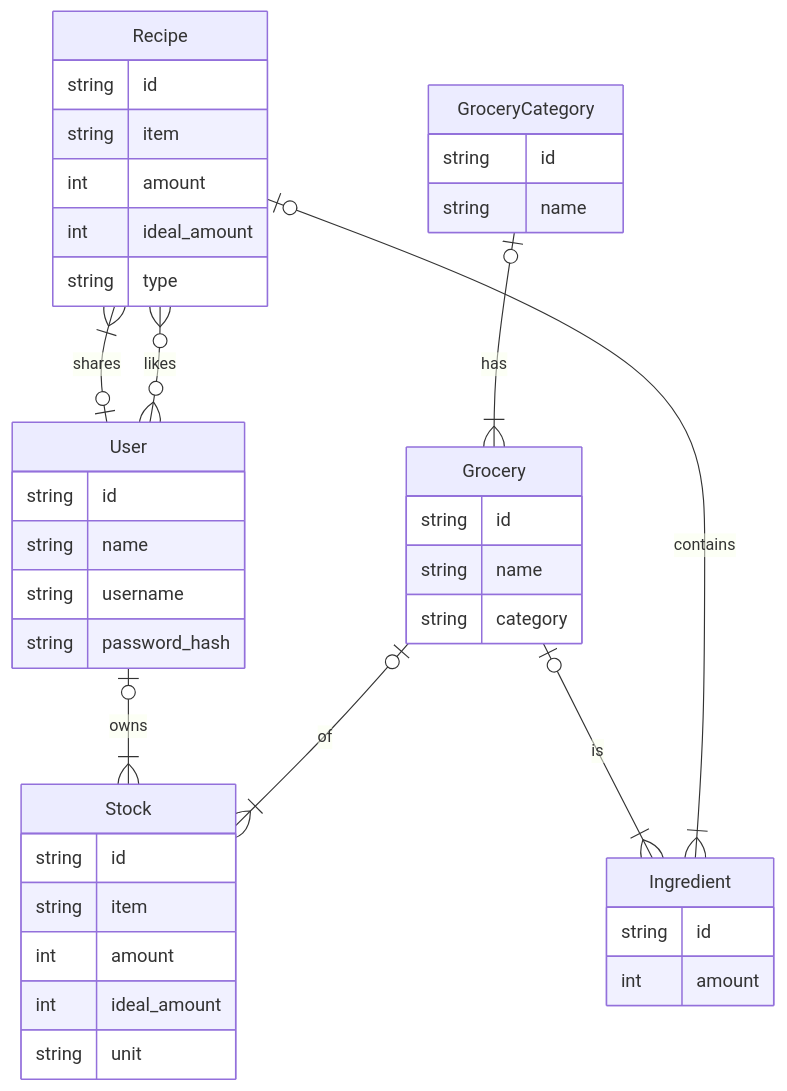
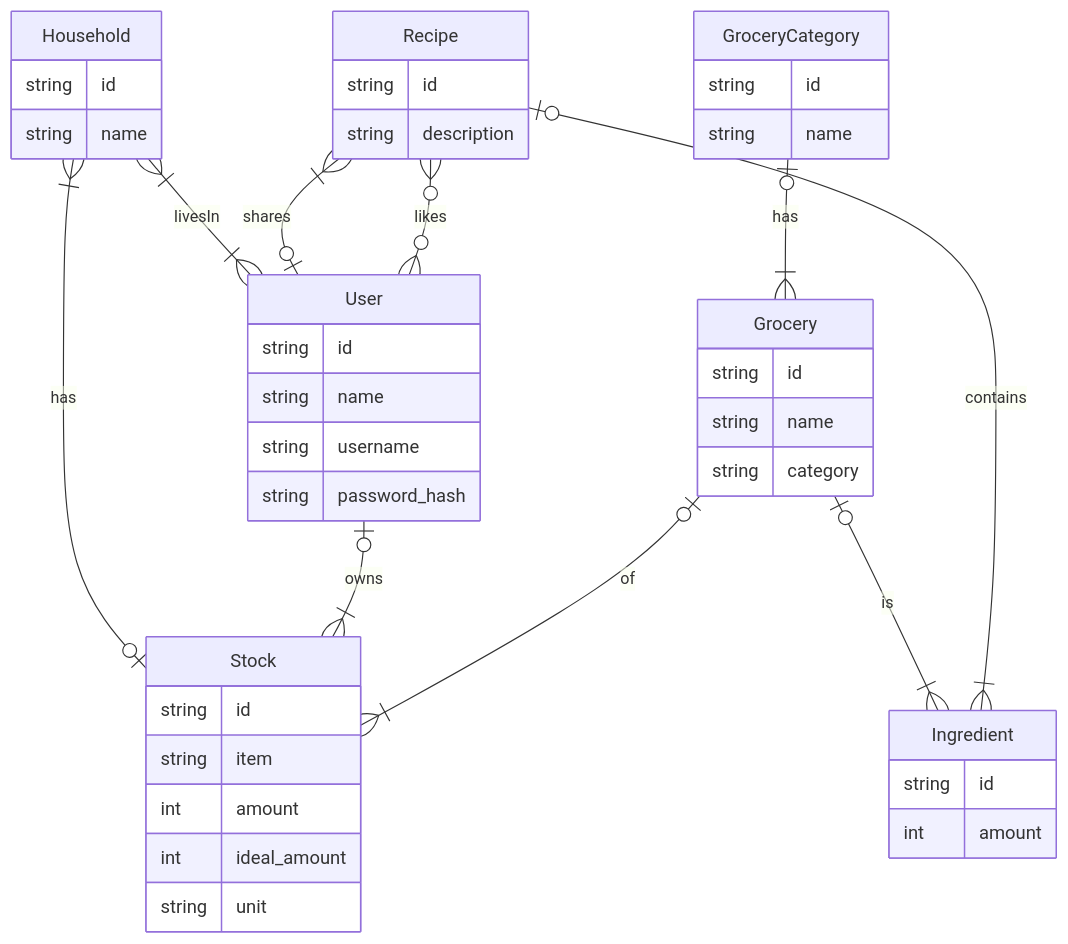
The diagram in docs/er-diagram.md (danielplan/wastend), drawn with Mermaid before and after one commit. The commit also changed 2 other files, not shown here.

Commit message:
basic architecture plan

````diff
--- a/docs/er-diagram.md
+++ b/docs/er-diagram.md
@@ -5,43 +5,46 @@
 ```mermaid
 erDiagram
     User {
         string id
         string name
         string username
         string password_hash
     }
     Grocery {
         string id
         string name
         string category
     }
     GroceryCategory {
         string id
         string name
     }
     Stock {
         string id
         string item
         int amount
         int ideal_amount
         string unit
     }
+    Household {
+        string id
+        string name
+    }
     Ingredient {
         string id
         int amount
     }
     Recipe {
         string id
-        string item
-        int amount
-        int ideal_amount
-        string type
+        string description
     }
+    Household }|--|{ User : livesIn
+    Household }|--|o Stock : has
     Recipe }|--|o User : shares
     GroceryCategory o|--|{ Grocery : has
     User o|--|{ Stock : owns
     Grocery o|--|{ Stock : of
     Grocery o|--|{ Ingredient : is
     Recipe o|--|{ Ingredient : contains
     Recipe o{--}o User : likes
 ```
````
